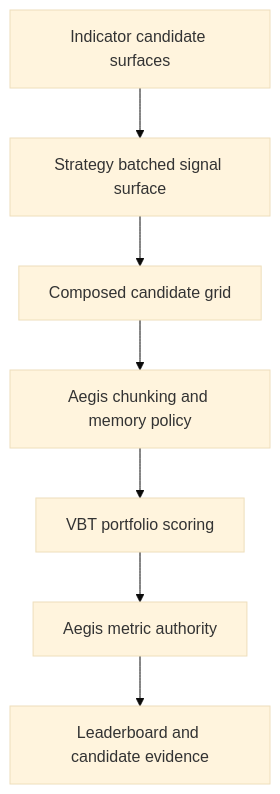
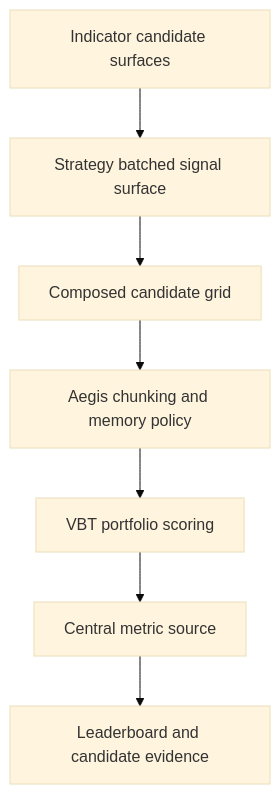
The diagram in docs/brainstorms/2026-05-20-vbt-native-batched-playbook-contract-requirements.md (madebymlai/aegis), drawn with Mermaid (base theme) before and after one commit. The commit also changed other lines of this file and 11 other files, not shown here.

First line of the commit message:
fix(research): rename metric authority provenance

````diff
--- a/docs/brainstorms/2026-05-20-vbt-native-batched-playbook-contract-requirements.md
+++ b/docs/brainstorms/2026-05-20-vbt-native-batched-playbook-contract-requirements.md
@@ -20,12 +20,12 @@
 ```mermaid
 flowchart TB
     IndicatorBatches[Indicator candidate surfaces]
     StrategyBatch[Strategy batched signal surface]
     Grid[Composed candidate grid]
     Chunking[Aegis chunking and memory policy]
     Portfolio[VBT portfolio scoring]
-    Metrics[Aegis metric authority]
+    Metrics[Central metric source]
     Artifacts[Leaderboard and candidate evidence]
 
     IndicatorBatches --> StrategyBatch --> Grid --> Chunking --> Portfolio --> Metrics --> Artifacts
 ```
````
